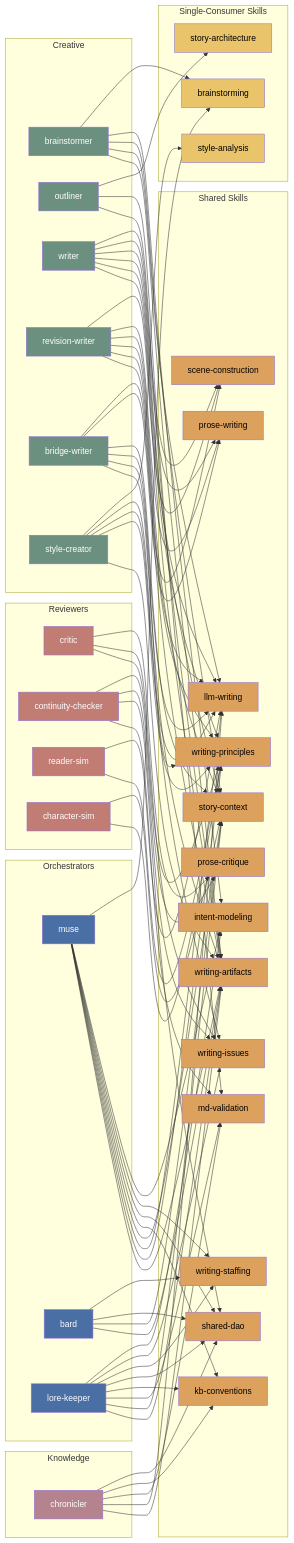
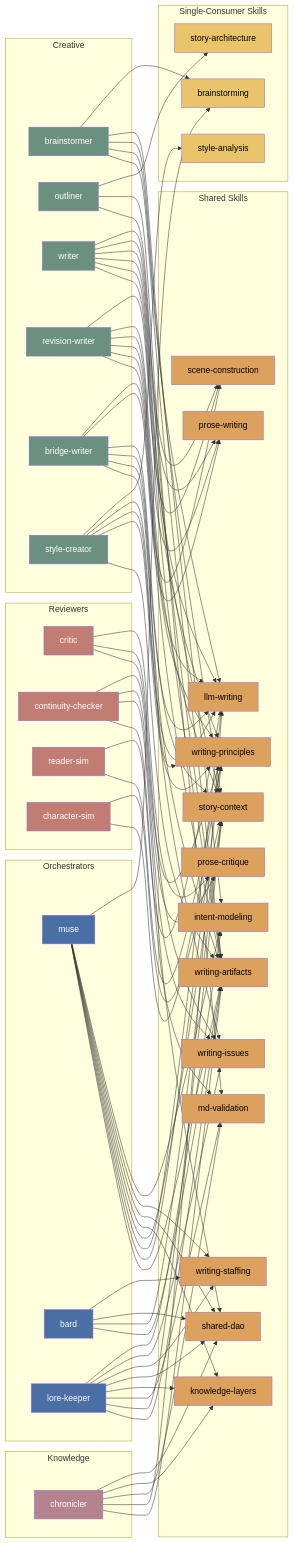
The second of 4 diagrams in docs/architecture.md (haowjy/creative-writing-skills), drawn with Mermaid before and after one commit. The commit also changed other lines of this file and 7 other files, not shown here.

Commit message:
rename kb-conventions -> knowledge-layers in creative-writing-skills

```diff
--- a/docs/architecture.md
+++ b/docs/architecture.md
@@ -81,7 +81,7 @@
         LW[llm-writing]
         PW[prose-writing]
         SCN[scene-construction]
-        KC[kb-conventions]
+        KC[knowledge-layers]
         SD[shared-dao]
     end
 
@@ -149,7 +149,7 @@
     OL --> MV
     CC --> MV
 
-    %% kb-conventions: 3 agents (from meridian-base)
+    %% knowledge-layers: 3 agents (from meridian-base)
     SO --> KC
     KO --> KC
     CH --> KC
```
